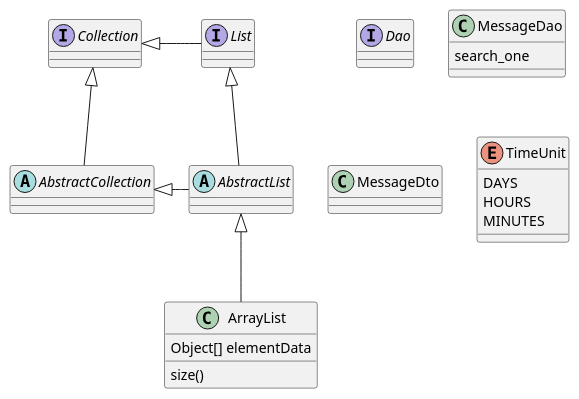
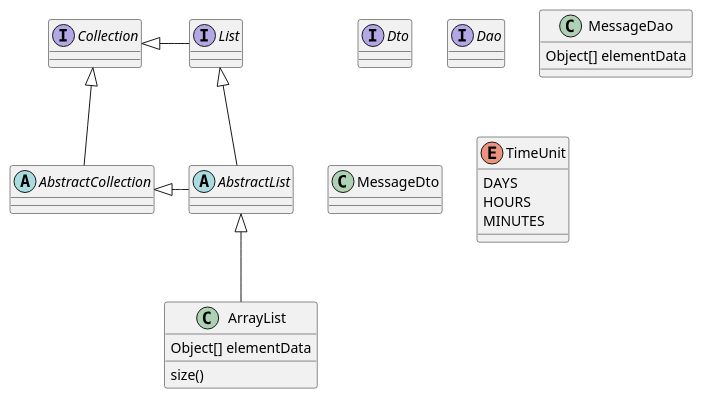
Before and after one commit to sistfers/hiStory: the diagram in docs/modeling/ClassDiagram.puml, drawn with PlantUML. The commit also changed 15 other files, not shown here.

```diff
--- a/docs/modeling/ClassDiagram.puml
+++ b/docs/modeling/ClassDiagram.puml
@@ -1,36 +1,38 @@
 @startuml
 
+
+interface Dto
 interface Dao
 
 class MessageDao {
-search_one
+Object[] elementData
 }
 
 class MessageDto {
 
 }
 
 abstract class AbstractList
 abstract AbstractCollection
 interface List
 interface Collection
 
 List <|-- AbstractList
 Collection <|-- AbstractCollection
 
 Collection <|- List
 AbstractCollection <|- AbstractList
 AbstractList <|-- ArrayList
 
 class ArrayList {
 Object[] elementData
 size()
 }
 
 enum TimeUnit {
 DAYS
 HOURS
 MINUTES
 }
 
 @enduml
```
